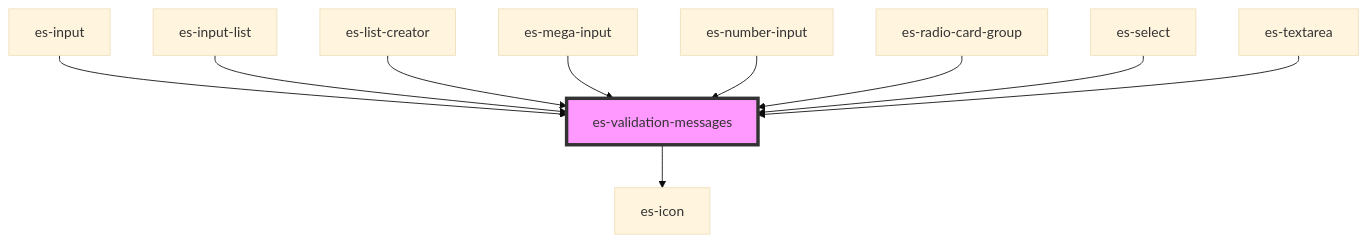
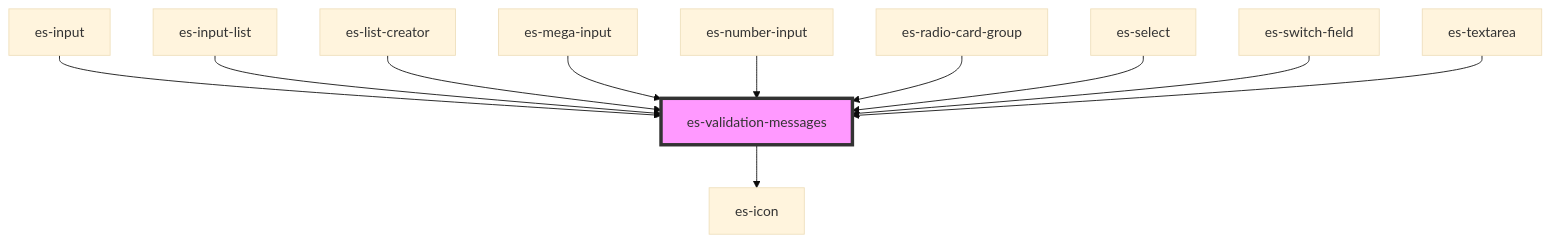
Before and after one commit to EventStore/Design-System: the diagram in packages/fields/src/components/es-validation-messages/readme.md, drawn with Mermaid (base theme). The commit also changed other lines of this file and 7 other files, not shown here.

Commit message:
Add es-switch-field - es-switch wrapped in a field, for use in forms - add field part to Field

````diff
--- a/packages/fields/src/components/es-validation-messages/readme.md
+++ b/packages/fields/src/components/es-validation-messages/readme.md
@@ -62,13 +63,14 @@
 ```mermaid
 graph TD;
   es-validation-messages --> es-icon
   es-input --> es-validation-messages
   es-input-list --> es-validation-messages
   es-list-creator --> es-validation-messages
   es-mega-input --> es-validation-messages
   es-number-input --> es-validation-messages
   es-radio-card-group --> es-validation-messages
   es-select --> es-validation-messages
+  es-switch-field --> es-validation-messages
   es-textarea --> es-validation-messages
   style es-validation-messages fill:#f9f,stroke:#333,stroke-width:4px
 ```
````
